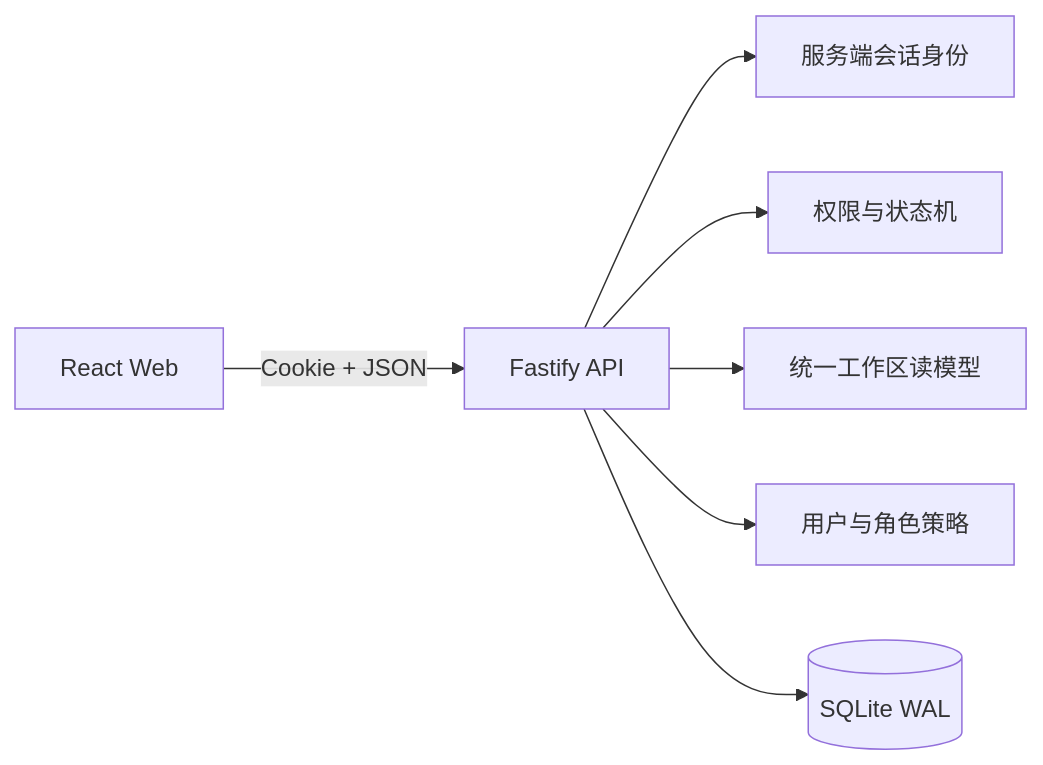
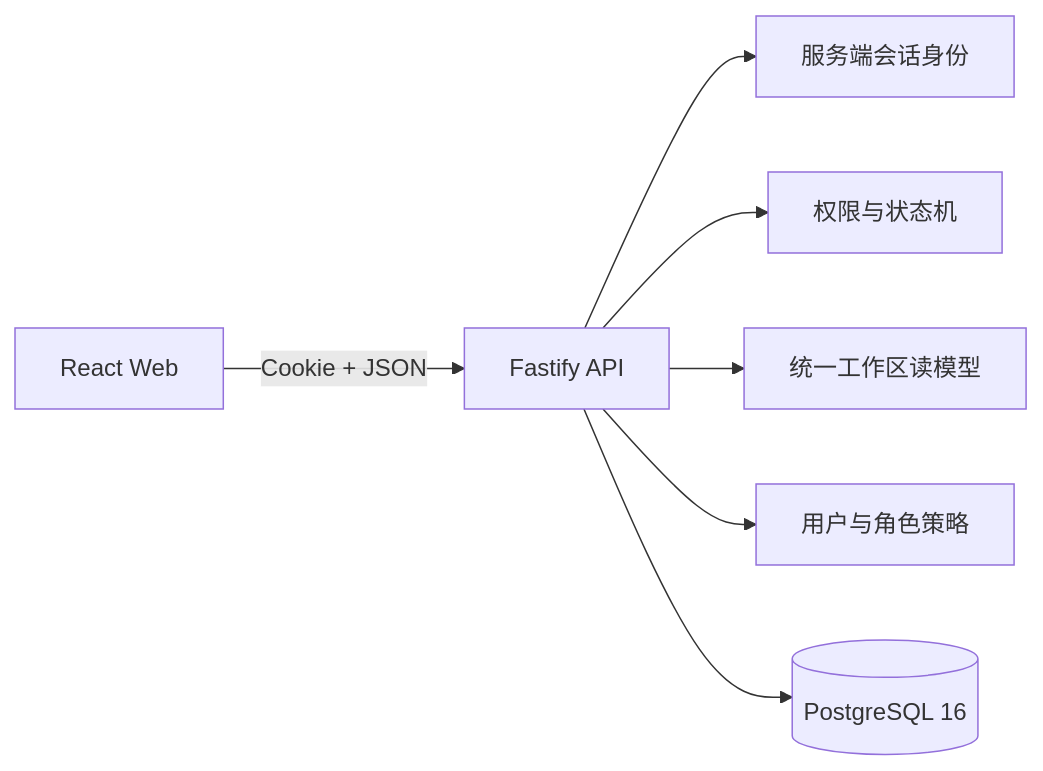
Before and after one commit to jaxblack/reviewflow: the first of 3 diagrams in docs/architecture.md, drawn with Mermaid. The commit also changed other lines of this file and 50 other files, not shown here.

Commit message:
feat: migrate runtime to PostgreSQL

````diff
--- a/docs/architecture.md
+++ b/docs/architecture.md
@@ -7,9 +7,9 @@
 ```mermaid
 flowchart LR
     Browser[React Web] -->|Cookie + JSON| API[Fastify API]
     API --> Auth[服务端会话身份]
     API --> Policy[权限与状态机]
     API --> Workspace[统一工作区读模型]
     API --> Admin[用户与角色策略]
-    API --> DB[(SQLite WAL)]
+    API --> DB[(PostgreSQL 16)]
 ```
````
